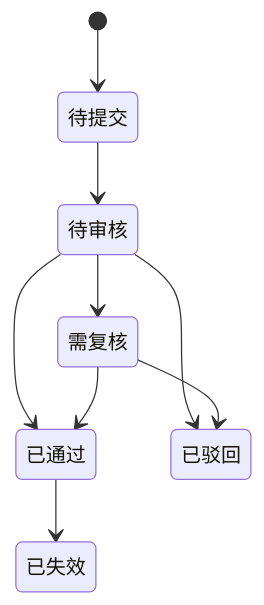
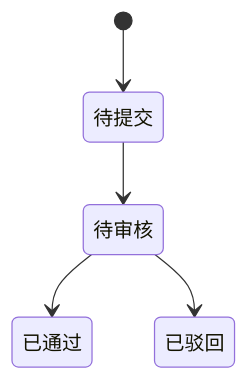
Before and after one commit to jxh1979/mall: diagram 12 of 21 in docs/platform-governance-product-spec-v0.2.md, drawn with Mermaid. The commit also changed other lines of this file and 8 other files, not shown here.

````diff
--- a/docs/platform-governance-product-spec-v0.2.md
+++ b/docs/platform-governance-product-spec-v0.2.md
@@ -1878,11 +1824,7 @@
 ```mermaid
 stateDiagram-v2
     [*] --> 待提交
     待提交 --> 待审核
     待审核 --> 已通过
     待审核 --> 已驳回
-    待审核 --> 需复核
-    需复核 --> 已通过
-    需复核 --> 已驳回
-    已通过 --> 已失效
 ```
````
